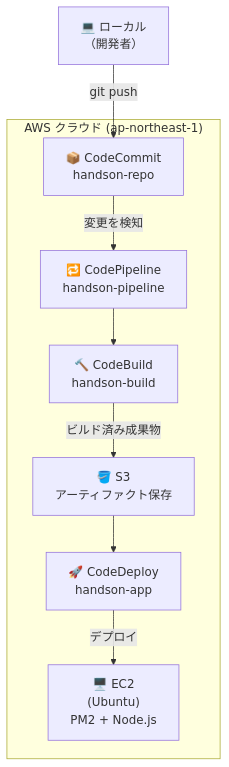
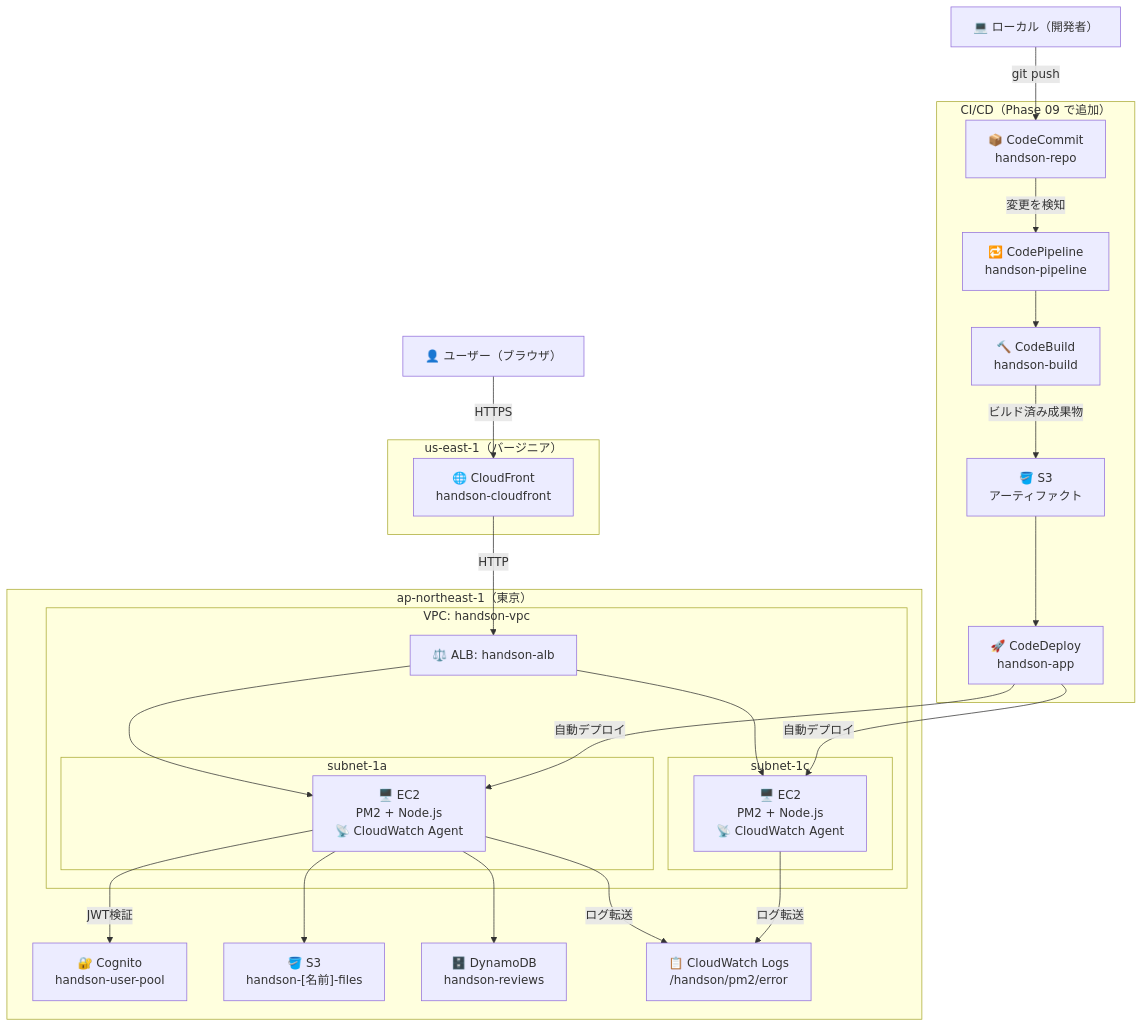
The diagram in docs/09_CodeCommit_CICD_ハンズオン手順.md (ohtsuka-shota-se/samurai-repo), drawn with Mermaid before and after one commit. The commit also changed 1 other file, not shown here.

Commit message:
add phase09 and 10 mermaid

````diff
--- a/docs/09_CodeCommit_CICD_ハンズオン手順.md
+++ b/docs/09_CodeCommit_CICD_ハンズオン手順.md
@@ -40,20 +40,53 @@
 ```mermaid
 graph TB
-    Dev["💻 ローカル\n（開発者）"]
+    Dev["💻 ローカル（開発者）"]
+    User["👤 ユーザー（ブラウザ）"]
 
-    subgraph AWS["AWS クラウド (ap-northeast-1)"]
+    subgraph CICD["CI/CD（Phase 09 で追加）"]
         CC["📦 CodeCommit\nhandson-repo"]
         CP["🔁 CodePipeline\nhandson-pipeline"]
         CB["🔨 CodeBuild\nhandson-build"]
-        S3A["🪣 S3\nアーティファクト保存"]
+        S3A["🪣 S3\nアーティファクト"]
         CD["🚀 CodeDeploy\nhandson-app"]
-        EC2["🖥️ EC2\n(Ubuntu)\nPM2 + Node.js"]
+    end
+
+    subgraph Virginia["us-east-1（バージニア）"]
+        CF["🌐 CloudFront\nhandson-cloudfront"]
+    end
+
+    subgraph Tokyo["ap-northeast-1（東京）"]
+        Cognito["🔐 Cognito\nhandson-user-pool"]
+
+        subgraph VPC["VPC: handson-vpc"]
+            ALB["⚖️ ALB: handson-alb"]
+            subgraph SubnetA["subnet-1a"]
+                EC2A["🖥️ EC2\nPM2 + Node.js\n📡 CloudWatch Agent"]
+            end
+            subgraph SubnetC["subnet-1c"]
+                EC2C["🖥️ EC2\nPM2 + Node.js\n📡 CloudWatch Agent"]
+            end
+            ALB --> EC2A
+            ALB --> EC2C
+        end
+
+        S3["🪣 S3\nhandson-[名前]-files"]
+        DDB["🗄️ DynamoDB\nhandson-reviews"]
+        CWL["📋 CloudWatch Logs\n/handson/pm2/error"]
     end
 
     Dev -->|git push| CC
     CC -->|変更を検知| CP
     CP --> CB
     CB -->|ビルド済み成果物| S3A
     S3A --> CD
-    CD -->|デプロイ| EC2
+    CD -->|自動デプロイ| EC2A
+    CD -->|自動デプロイ| EC2C
+
+    User -->|HTTPS| CF
+    CF -->|HTTP| ALB
+    EC2A --> S3
+    EC2A --> DDB
+    EC2A -->|JWT検証| Cognito
+    EC2A -->|ログ転送| CWL
+    EC2C -->|ログ転送| CWL
 ```
````
